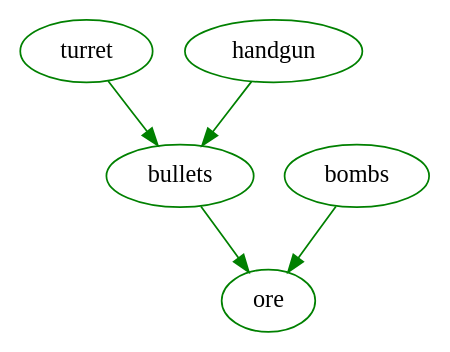
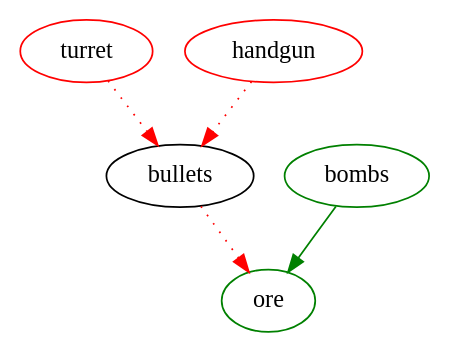
The diagram in graphviz/test.dot (yixuan-wei/resourceManager), drawn with Graphviz before and after one commit. The commit also changed 99 other files, not shown here.

```diff
--- a/graphviz/test.dot
+++ b/graphviz/test.dot
@@ -1,11 +1,10 @@
 digraph edge_settings{
-    turret[color="green"]
-    turret->bullets[style="" color="green"]
+    turret[color="red"]
+    turret->bullets[style="dotted" color="red"]
     bombs[color="green"]
     bombs->ore[style="" color="green"]
     ore[color="green"]
-    bullets[color="green"]
-    bullets->ore[style="" color="green"]
-    handgun[color="green"]
-    handgun->bullets[style="" color="green"]
+    handgun[color="red"]
+    handgun->bullets[style="dotted" color="red"]
+    bullets->ore[style="dotted" color="red"]
 }
```
